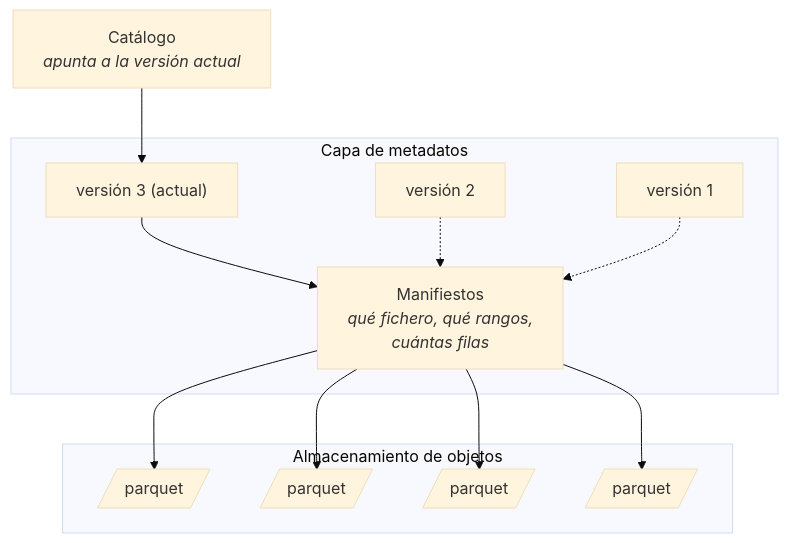
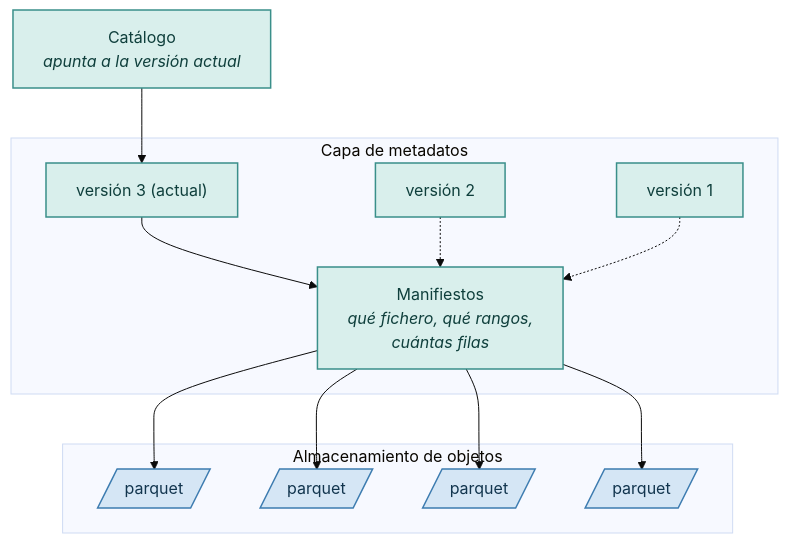
The diagram in content/sistemas/nuevos-formatos.qmd (IraitzM/ingenieria-datos), drawn with Mermaid (base theme) before and after one commit. The commit also changed other lines of this file and 28 other files, not shown here.

````diff
--- a/content/sistemas/nuevos-formatos.qmd
+++ b/content/sistemas/nuevos-formatos.qmd
@@ -97,24 +97,30 @@
 ```{mermaid}
 flowchart TB
     cat["Catálogo<br/><i>apunta a la versión actual</i>"]
 
     subgraph meta ["Capa de metadatos"]
         v3["versión 3 (actual)"]
         v2["versión 2"]
         v1["versión 1"]
         man["Manifiestos<br/><i>qué fichero, qué rangos,<br/>cuántas filas</i>"]
     end
 
     subgraph datos ["Almacenamiento de objetos"]
         p1[/"parquet"/]
         p2[/"parquet"/]
         p3[/"parquet"/]
         p4[/"parquet"/]
     end
 
     cat --> v3
     v3 --> man
     v2 -.-> man
     v1 -.-> man
     man --> p1 & p2 & p3 & p4
+
+    %% Paleta por bloque del libro
+    classDef meta fill:#d9efec,stroke:#3a8f8a,stroke-width:1.5px,color:#0f3f3c
+    classDef almacen fill:#d5e6f5,stroke:#3d7cb0,stroke-width:1.5px,color:#12354e
+    class cat,v3,v2,v1,man meta
+    class p1,p2,p3,p4 almacen
 ```
````
